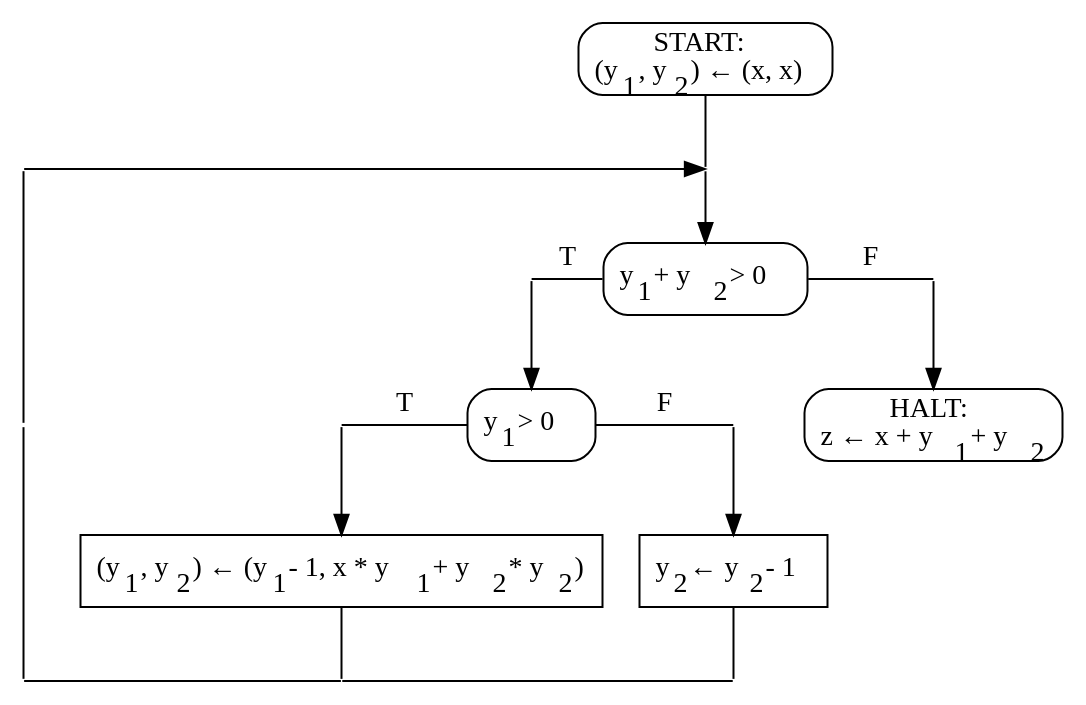
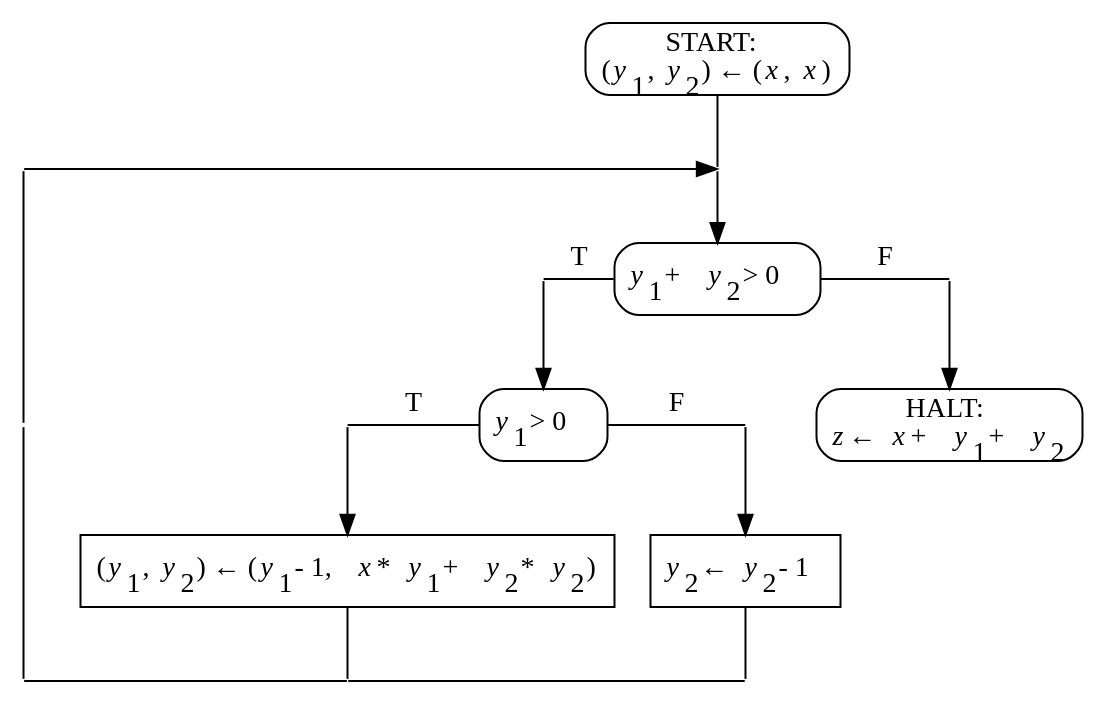
The diagram in exercises/x3_fig3.dot (kornevgen/mfsp), drawn with Graphviz before and after one commit. The commit also changed 11 other files, not shown here.

```diff
--- a/exercises/x3_fig3.dot
+++ b/exercises/x3_fig3.dot
@@ -1,32 +1,32 @@
 digraph G{
 /* nodes by levels */
 node[shape=rectangle];
-START[style=rounded, label=<START:<br/>(y<sub>1</sub>, y<sub>2</sub>) &larr; (x, x)>];
-TEST1[style=rounded, label=<y<sub>1</sub> + y<sub>2</sub> &gt; 0>];
-TEST2[style=rounded, label=<y<sub>1</sub> &gt; 0>];
-ASSIGN1[label=<y<sub>2</sub> &larr; y<sub>2</sub> - 1>];
-ASSIGN2[label=<(y<sub>1</sub>, y<sub>2</sub>) &larr; (y<sub>1</sub> - 1, x * y<sub>1</sub> + y<sub>2</sub> * y<sub>2</sub>)>];
-HALT[style=rounded, label=<HALT:<br/>z &larr; x + y<sub>1</sub> + y<sub>2</sub>>];
+START[style=rounded, label=<START:<br/>(<i>y</i><sub>1</sub>, <i>y</i><sub>2</sub>) &larr; (<i>x</i>, <i>x</i>)>];
+TEST1[style=rounded, label=<<i>y</i><sub>1</sub> + <i>y</i><sub>2</sub> &gt; 0>];
+TEST2[style=rounded, label=<<i>y</i><sub>1</sub> &gt; 0>];
+ASSIGN1[label=<<i>y</i><sub>2</sub> &larr; <i>y</i><sub>2</sub> - 1>];
+ASSIGN2[label=<(<i>y</i><sub>1</sub>, <i>y</i><sub>2</sub>) &larr; (<i>y</i><sub>1</sub> - 1, <i>x</i> * <i>y</i><sub>1</sub> + <i>y</i><sub>2</sub> * <i>y</i><sub>2</sub>)>];
+HALT[style=rounded, label=<HALT:<br/><i>z</i> &larr; <i>x</i> + <i>y</i><sub>1</sub> + <i>y</i><sub>2</sub>>];
 
 /* edges */
 node [shape=point, width=0];
 START -> p2 [weight=8, arrowhead=none]; p2 -> TEST1 [weight=8];
 {rank = same; p1 -> p2; }
 p1 -> p10 [weight=8, arrowhead=none];
 {rank = same; p3 -> TEST1 [label="T", arrowhead=none]; TEST1 -> p4 [label="F", arrowhead=none]; }
 p3 -> TEST2 [weight=8];
 p4 -> HALT [weight=8];
 
 p10 -> p5 [weight=8, style="invis"];
 p5 -> TEST2 [label="T", arrowhead=none];
 TEST2 -> p6 [label="F", arrowhead=none];
 p6 -> HALT [weight=8, style="invis"];
 {rank = same; p10; p5; TEST2; p6; HALT; }
 p5 -> ASSIGN2 [weight=12];
 p6 -> ASSIGN1 [weight=8];
 p10 -> p7 [weight=10, arrowhead=none];
 {rank=same; ASSIGN2; ASSIGN1; }
 ASSIGN2 -> p8 [weight=8, arrowhead=none];
 ASSIGN1 -> p9 [weight=8, arrowhead=none];
 { rank=same; p7 -> p8 [arrowhead=none]; p8 -> p9 [arrowhead=none]; }
 }
```
